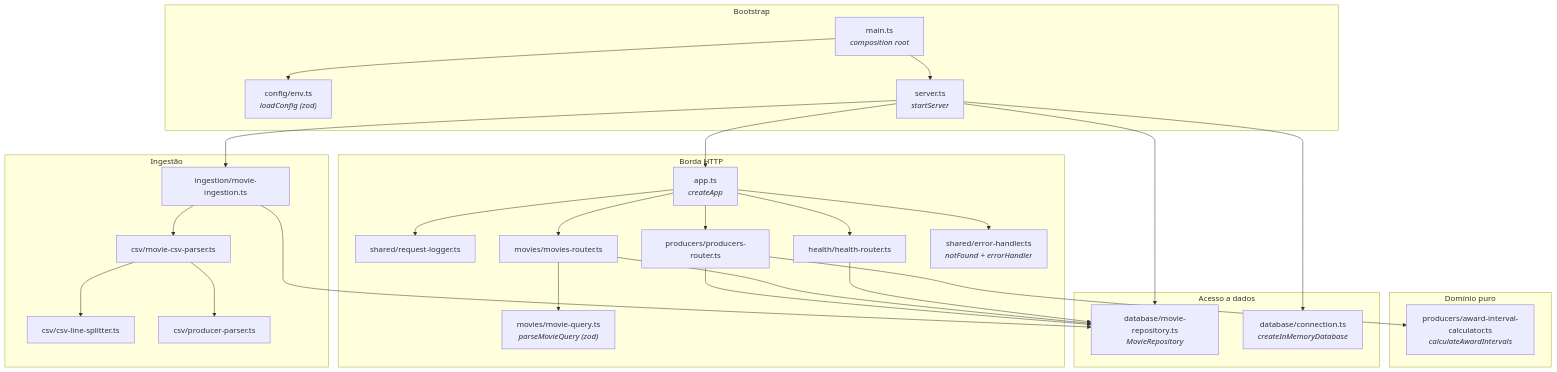
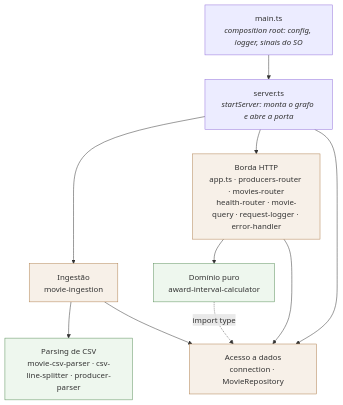
Before and after one commit to bdfdm25/golden-raspberry-api: the first of 8 diagrams in docs/architecture.md, drawn with Mermaid. The commit also changed other lines of this file, not shown here.

Commit message:
docs: fix the sequence diagram syntax and simplify the layer diagram

````diff
--- a/docs/architecture.md
+++ b/docs/architecture.md
@@ -26,55 +26,25 @@
 ```mermaid
 flowchart TD
-    subgraph bootstrap["Bootstrap"]
-        main["main.ts<br/><i>composition root</i>"]
-        env["config/env.ts<br/><i>loadConfig (zod)</i>"]
-        server["server.ts<br/><i>startServer</i>"]
-    end
+    main["main.ts<br/><i>composition root: config, logger, sinais do SO</i>"]
+    server["server.ts<br/><i>startServer: monta o grafo e abre a porta</i>"]
+    http["Borda HTTP<br/>app.ts · producers-router · movies-router<br/>health-router · movie-query · request-logger · error-handler"]
+    domain["Domínio puro<br/>award-interval-calculator"]
+    ingestion["Ingestão<br/>movie-ingestion"]
+    csv["Parsing de CSV<br/>movie-csv-parser · csv-line-splitter · producer-parser"]
+    data["Acesso a dados<br/>connection · MovieRepository"]
 
-    subgraph http["Borda HTTP"]
-        app["app.ts<br/><i>createApp</i>"]
-        reqlog["shared/request-logger.ts"]
-        producers["producers/producers-router.ts"]
-        movies["movies/movies-router.ts"]
-        health["health/health-router.ts"]
-        query["movies/movie-query.ts<br/><i>parseMovieQuery (zod)</i>"]
-        errh["shared/error-handler.ts<br/><i>notFound + errorHandler</i>"]
-    end
+    main --> server
+    server --> ingestion
+    server --> http
+    server --> data
+    ingestion --> csv
+    ingestion --> data
+    http --> domain
+    http --> data
+    domain -. "import type" .-> data
 
-    subgraph domain["Domínio puro"]
-        calc["producers/award-interval-calculator.ts<br/><i>calculateAwardIntervals</i>"]
-    end
-
-    subgraph data["Acesso a dados"]
-        repo["database/movie-repository.ts<br/><i>MovieRepository</i>"]
-        conn["database/connection.ts<br/><i>createInMemoryDatabase</i>"]
-    end
-
-    subgraph ingest["Ingestão"]
-        ingestion["ingestion/movie-ingestion.ts"]
-        parser["csv/movie-csv-parser.ts"]
-        splitter["csv/csv-line-splitter.ts"]
-        prodparser["csv/producer-parser.ts"]
-    end
-
-    main --> env
-    main --> server
-    server --> conn
-    server --> repo
-    server --> ingestion
-    server --> app
-    app --> reqlog
-    app --> producers
-    app --> movies
-    app --> health
-    app --> errh
-    producers --> calc
-    producers --> repo
-    movies --> query
-    movies --> repo
-    health --> repo
-    ingestion --> parser
-    ingestion --> repo
-    parser --> splitter
-    parser --> prodparser
+    classDef pure fill:#eef7ee,stroke:#5a8f5a
+    classDef io fill:#f7f0e8,stroke:#b08050
+    class domain,csv pure
+    class http,ingestion,data io
 ```
````
